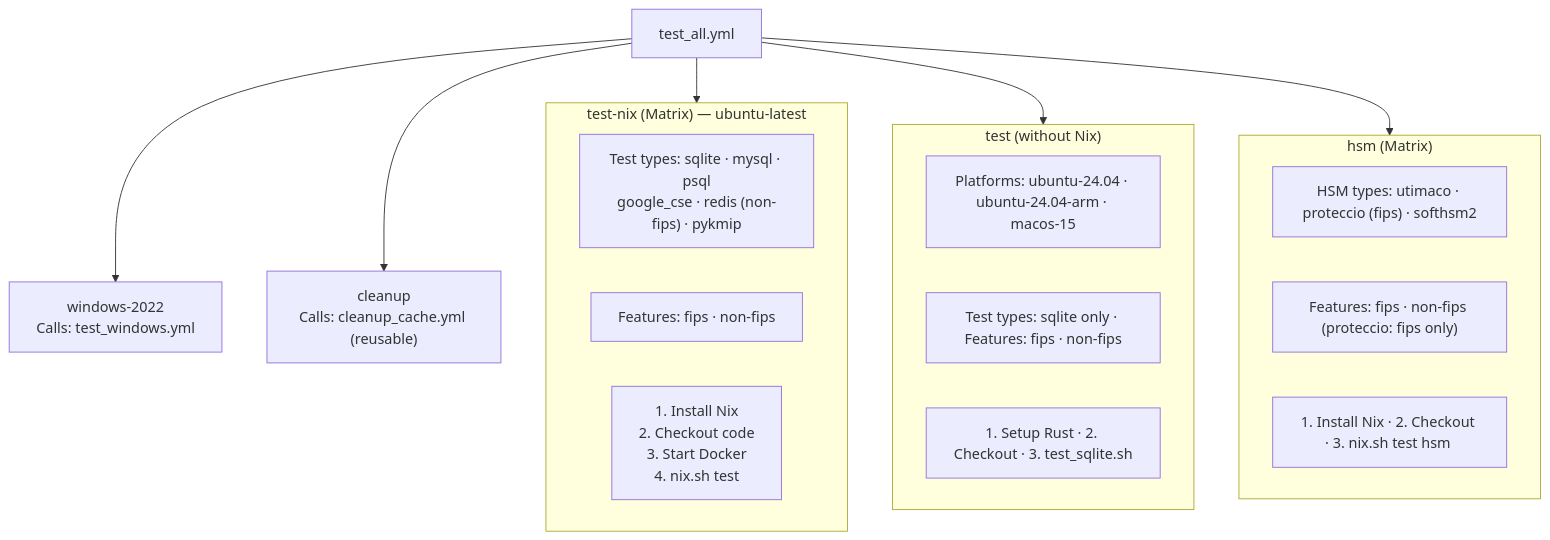
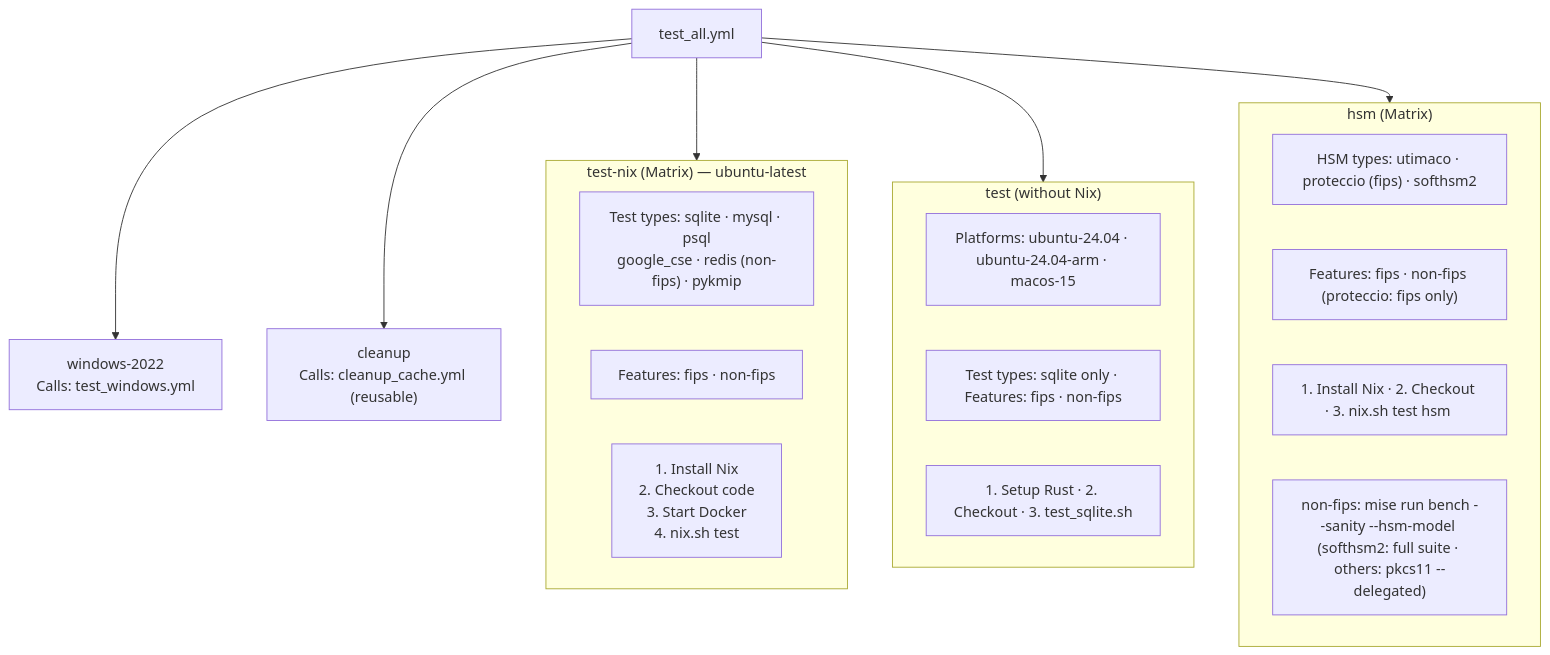
The fifth of 17 diagrams in .github/README_WORKFLOWS.md (Cosmian/kms), drawn with Mermaid before and after one commit. The commit also changed other lines of this file and 474 other files, not shown here.

First line of the commit message:
feat(bench): HSM-resident crypto benchmarking, split into multiple dedicated reports (#1178)

````diff
--- a/.github/README_WORKFLOWS.md
+++ b/.github/README_WORKFLOWS.md
@@ -91,22 +91,23 @@
 ```mermaid
 flowchart TB
     test_all["test_all.yml"]
     subgraph nix_matrix["test-nix (Matrix) — ubuntu-latest"]
         nix_types["Test types: sqlite · mysql · psql<br/>google_cse · redis (non-fips) · pykmip"]
         nix_feat["Features: fips · non-fips"]
         nix_steps["1. Install Nix<br/>2. Checkout code<br/>3. Start Docker<br/>4. nix.sh test <type>"]
     end
     subgraph nonix["test (without Nix)"]
         nonix_plat["Platforms: ubuntu-24.04 · ubuntu-24.04-arm · macos-15"]
         nonix_types["Test types: sqlite only · Features: fips · non-fips"]
         nonix_steps["1. Setup Rust · 2. Checkout · 3. test_sqlite.sh"]
     end
     subgraph hsm_matrix["hsm (Matrix)"]
         hsm_types["HSM types: utimaco · proteccio (fips) · softhsm2"]
         hsm_feat["Features: fips · non-fips (proteccio: fips only)"]
         hsm_steps["1. Install Nix · 2. Checkout · 3. nix.sh test hsm <type>"]
+        hsm_bench["non-fips: mise run bench --sanity --hsm-model <type><br/>(softhsm2: full suite · others: pkcs11 --delegated)"]
     end
     win["windows-2022<br/>Calls: test_windows.yml"]
     clean["cleanup<br/>Calls: cleanup_cache.yml (reusable)"]
     test_all --> nix_matrix & nonix & hsm_matrix & win & clean
 ```
````
